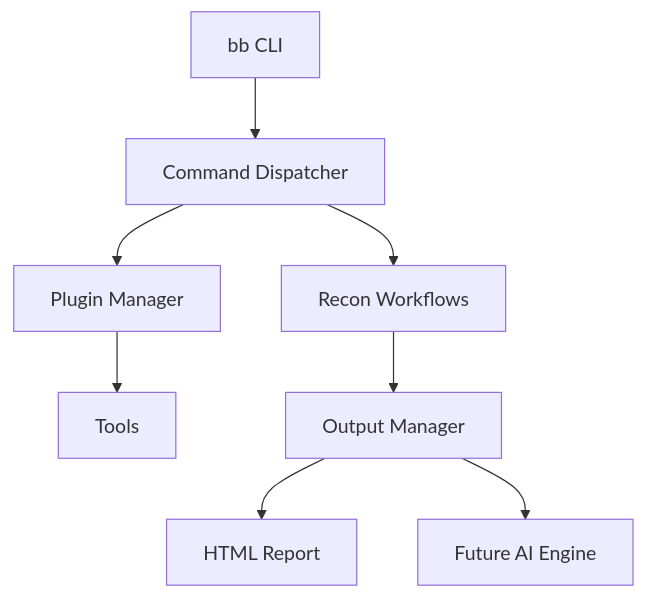
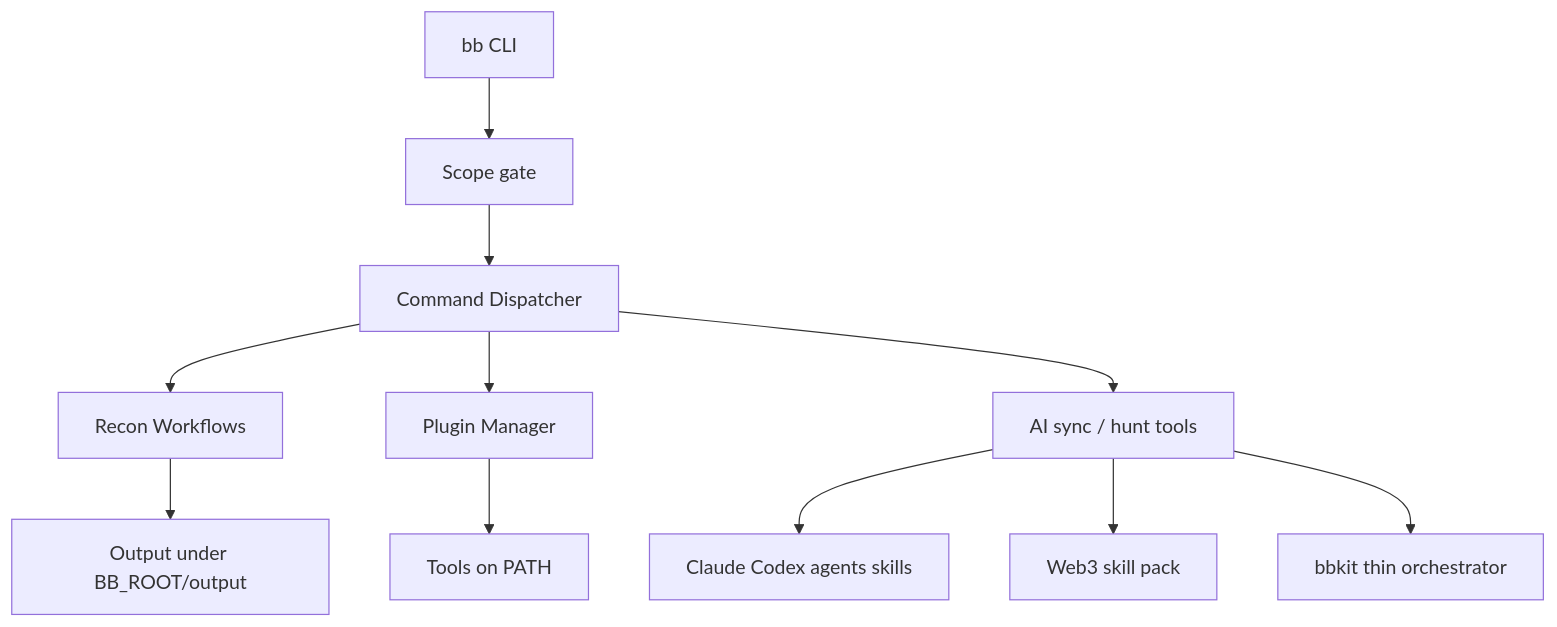
Before and after one commit to hataiit9x/Bbkit-AI: the diagram in docs/ARCHITECTURE.md, drawn with Mermaid. The commit also changed other lines of this file and 30 other files, not shown here.

Commit message:
feat: scope gate, bbkit orchestrator, web3 sync (v0.2.0)

````diff
--- a/docs/ARCHITECTURE.md
+++ b/docs/ARCHITECTURE.md
@@ -3,10 +3,13 @@
 ```mermaid
 flowchart TD
-  A[bb CLI] --> B[Command Dispatcher]
+  A[bb CLI] --> S[Scope gate]
+  S --> B[Command Dispatcher]
   B --> C[Recon Workflows]
   B --> D[Plugin Manager]
-  D --> E[Tools]
-  C --> F[Output Manager]
-  F --> G[HTML Report]
-  F --> H[Future AI Engine]
+  B --> I[AI sync / hunt tools]
+  D --> E[Tools on PATH]
+  C --> F[Output under BB_ROOT/output]
+  I --> J[Claude Codex agents skills]
+  I --> K[Web3 skill pack]
+  I --> L[bbkit thin orchestrator]
 ```
````
